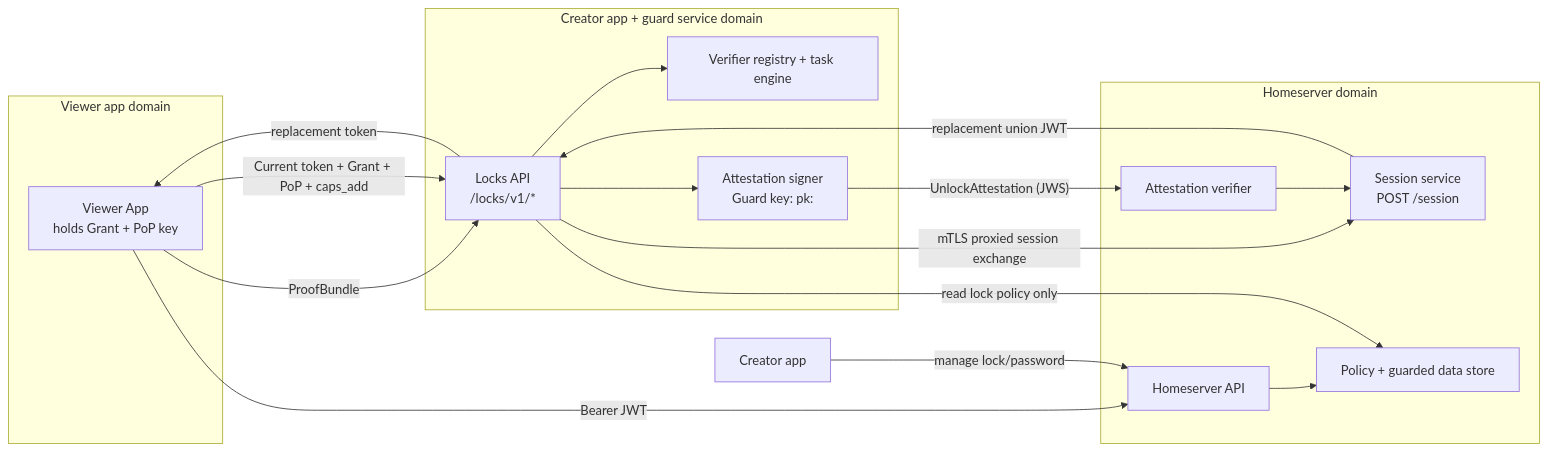
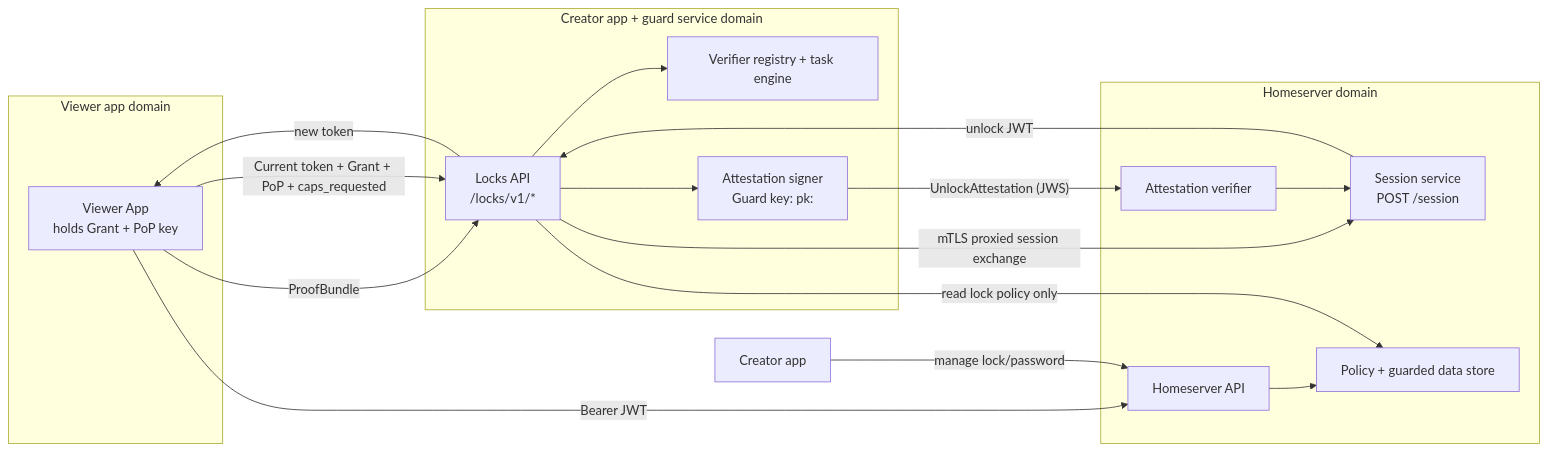
One commit to BitcoinErrorLog/pubky-locks changed the diagram in readme_jwt.md. Above: the diagram before and after it, drawn with Mermaid. The commit also changed other lines of this file, not shown here.

Commit message:
do not use scope-union session, use single file session instead

````diff
--- a/readme_jwt.md
+++ b/readme_jwt.md
@@ -83,34 +83,34 @@
 ```mermaid
 flowchart LR
   subgraph ViewerDomain["Viewer app domain"]
     V["Viewer App\nholds Grant + PoP key"]
   end
 
   subgraph CreatorDomain["Creator app + guard service domain"]
     GAPI["Locks API\n/locks/v1/*"]
     GVER["Verifier registry + task engine"]
     GSIG["Attestation signer\nGuard key: pk:<guard_z32>"]
   end
 
   subgraph HomeDomain["Homeserver domain"]
     HAPI["Homeserver API"]
     HSES["Session service\nPOST /session"]
     HATT["Attestation verifier"]
     HSTORE["Policy + guarded data store"]
   end
 
   V -->|"ProofBundle"| GAPI
   GAPI --> GVER
-  V -->|"Current token + Grant + PoP + caps_add"| GAPI
+  V -->|"Current token + Grant + PoP + caps_requested"| GAPI
   GAPI --> GSIG
   GSIG -->|"UnlockAttestation (JWS)"| HATT
   GAPI -->|"mTLS proxied session exchange"| HSES
   HATT --> HSES
-  HSES -->|"replacement union JWT"| GAPI
-  GAPI -->|"replacement token"| V
+  HSES -->|"unlock JWT"| GAPI
+  GAPI -->|"new token"| V
   V -->|"Bearer JWT"| HAPI
   HAPI --> HSTORE
 
   C["Creator app"] -->|"manage lock/password"| HAPI
   GAPI -->|"read lock policy only"| HSTORE
 ```
````
